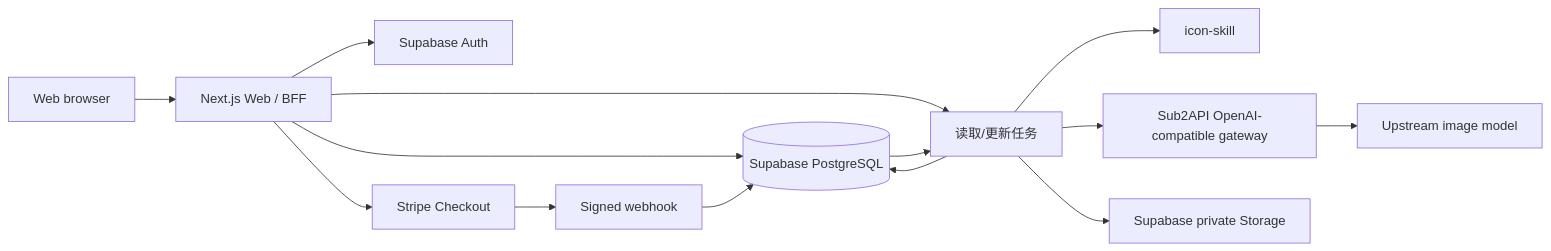
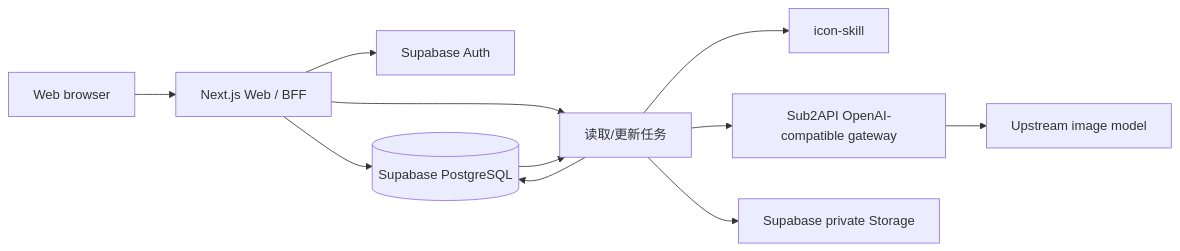
One commit to Caserla/icongen changed the diagram in docs/architecture/backend.md. Above: the diagram before and after it, drawn with Mermaid. The commit also changed other lines of this file and 165 other files, not shown here.

````diff
--- a/docs/architecture/backend.md
+++ b/docs/architecture/backend.md
@@ -9,16 +8,13 @@
 ```mermaid
 flowchart LR
   Browser[Web browser] --> BFF[Next.js Web / BFF]
   BFF --> Auth[Supabase Auth]
   BFF --> DB[(Supabase PostgreSQL)]
-  BFF --> Stripe[Stripe Checkout]
-  Stripe --> Webhook[Signed webhook]
-  Webhook --> DB
   BFF --> Worker[本地 Worker 启动器]
   DB --> Worker[读取/更新任务]
   Worker --> Skill[icon-skill]
   Worker --> Sub2API[Sub2API OpenAI-compatible gateway]
   Sub2API --> Model[Upstream image model]
   Worker --> Storage[Supabase private Storage]
   Worker --> DB
 ```
````
